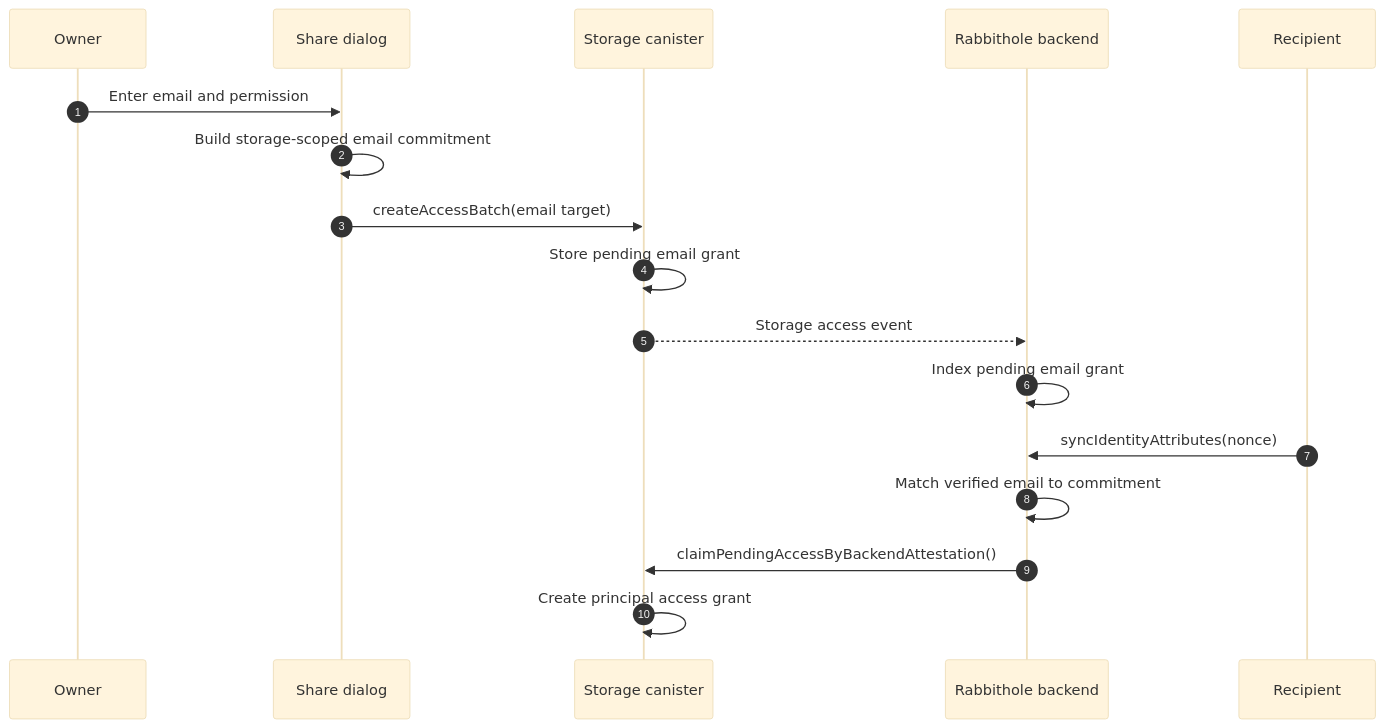
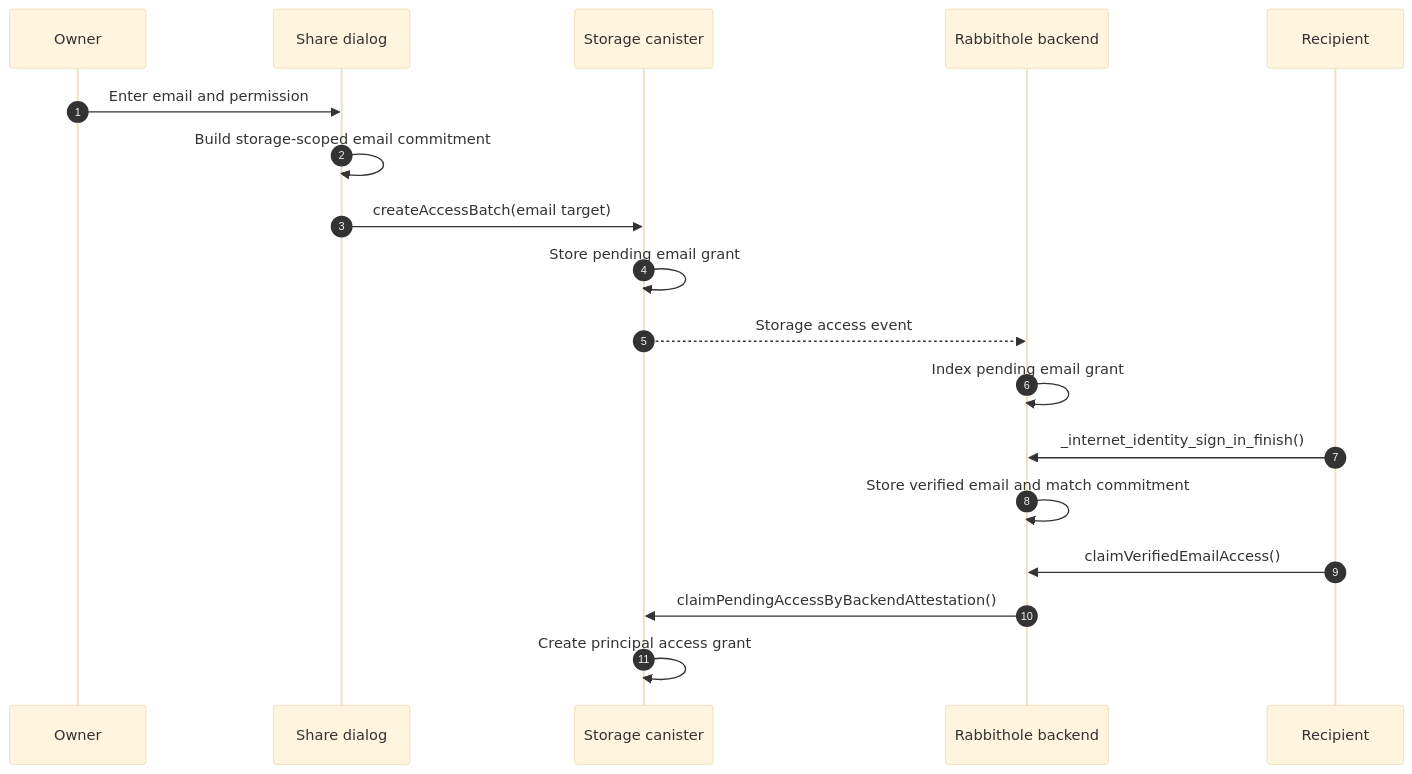
One commit to rabbithole-app/v2 changed the second of 2 diagrams in apps/docs/src/en/how-it-works/sharing/email-invites.mdx. Above: the diagram before and after it, drawn with Mermaid (base theme). The commit also changed 46 other files, not shown here.

````diff
--- a/apps/docs/src/en/how-it-works/sharing/email-invites.mdx
+++ b/apps/docs/src/en/how-it-works/sharing/email-invites.mdx
@@ -95,20 +95,21 @@
 ```mermaid
 sequenceDiagram
     autonumber
     participant O as Owner
     participant UI as Share dialog
     participant S as Storage canister
     participant API as Rabbithole backend
     participant R as Recipient
 
     O->>UI: Enter email and permission
     UI->>UI: Build storage-scoped email commitment
     UI->>S: createAccessBatch(email target)
     S->>S: Store pending email grant
     S-->>API: Storage access event
     API->>API: Index pending email grant
-    R->>API: syncIdentityAttributes(nonce)
-    API->>API: Match verified email to commitment
+    R->>API: _internet_identity_sign_in_finish()
+    API->>API: Store verified email and match commitment
+    R->>API: claimVerifiedEmailAccess()
     API->>S: claimPendingAccessByBackendAttestation()
     S->>S: Create principal access grant
 ```
````
